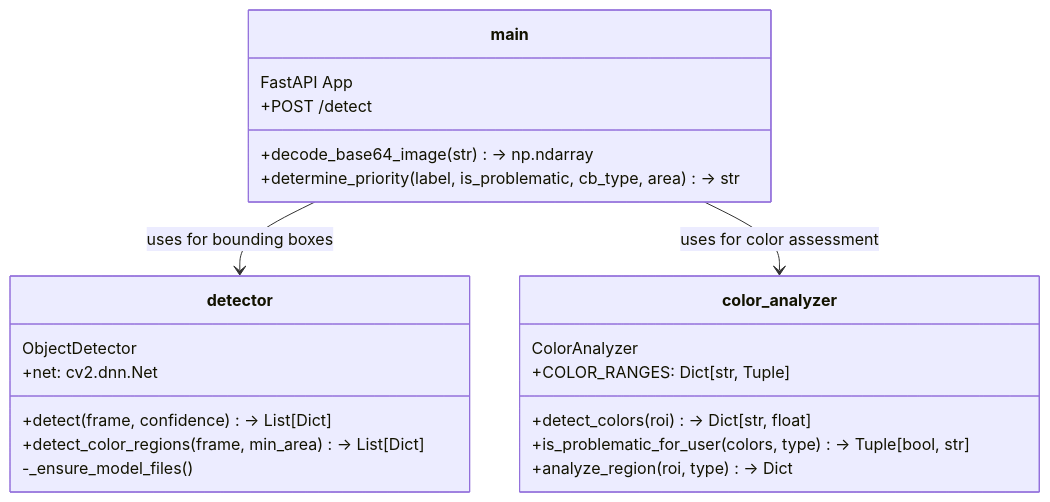
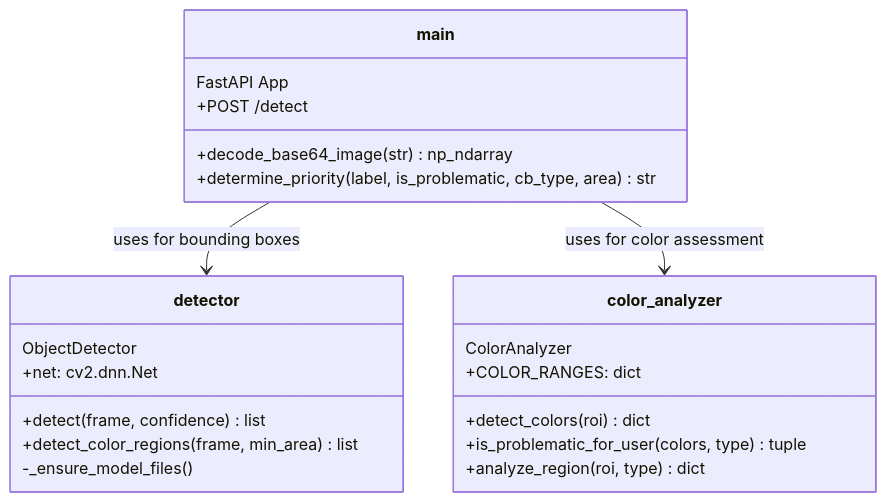
One commit to alexli8408/TrueLight changed the second of 5 diagrams in devlog.md. Above: the diagram before and after it, drawn with Mermaid. The commit also changed other lines of this file, not shown here.

Commit message:
fix: resolve mermaid subgraph and class diagram parser errors

````diff
--- a/devlog.md
+++ b/devlog.md
@@ -70,26 +70,26 @@
 ```mermaid
 classDiagram
     class main {
         FastAPI App
         +POST /detect
-        +decode_base64_image(str) -> np.ndarray
-        +determine_priority(label, is_problematic, cb_type, area) -> str
+        +decode_base64_image(str) np_ndarray
+        +determine_priority(label, is_problematic, cb_type, area) str
     }
     class detector {
         ObjectDetector
         +net: cv2.dnn.Net
-        +detect(frame, confidence) -> List[Dict]
-        +detect_color_regions(frame, min_area) -> List[Dict]
+        +detect(frame, confidence) list
+        +detect_color_regions(frame, min_area) list
         -_ensure_model_files()
     }
     class color_analyzer {
         ColorAnalyzer
-        +COLOR_RANGES: Dict[str, Tuple]
-        +detect_colors(roi) -> Dict[str, float]
-        +is_problematic_for_user(colors, type) -> Tuple[bool, str]
-        +analyze_region(roi, type) -> Dict
+        +COLOR_RANGES: dict
+        +detect_colors(roi) dict
+        +is_problematic_for_user(colors, type) tuple
+        +analyze_region(roi, type) dict
     }
 
     main --> detector : uses for bounding boxes
     main --> color_analyzer : uses for color assessment
 ```
````
